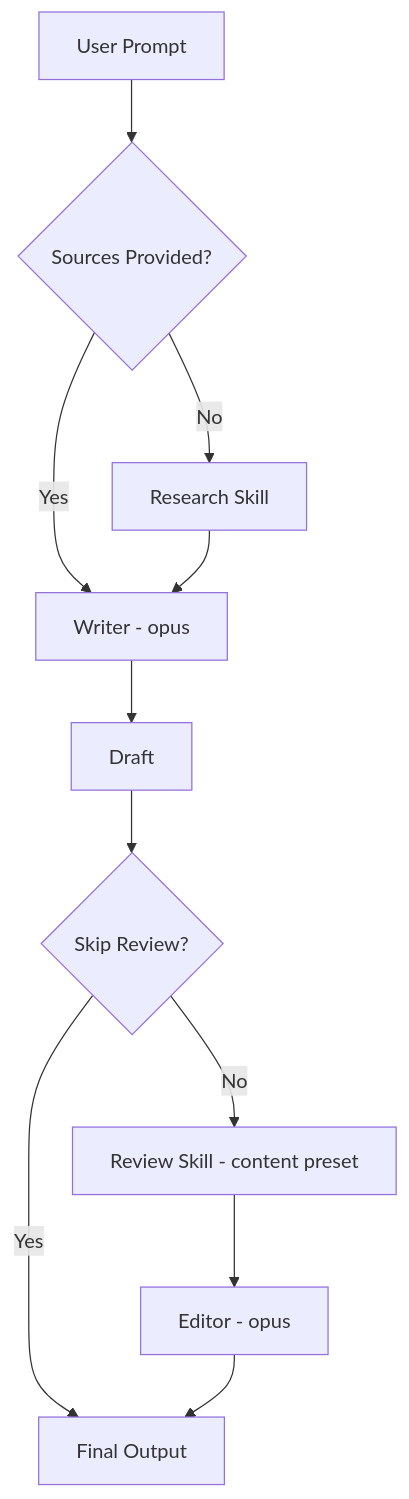
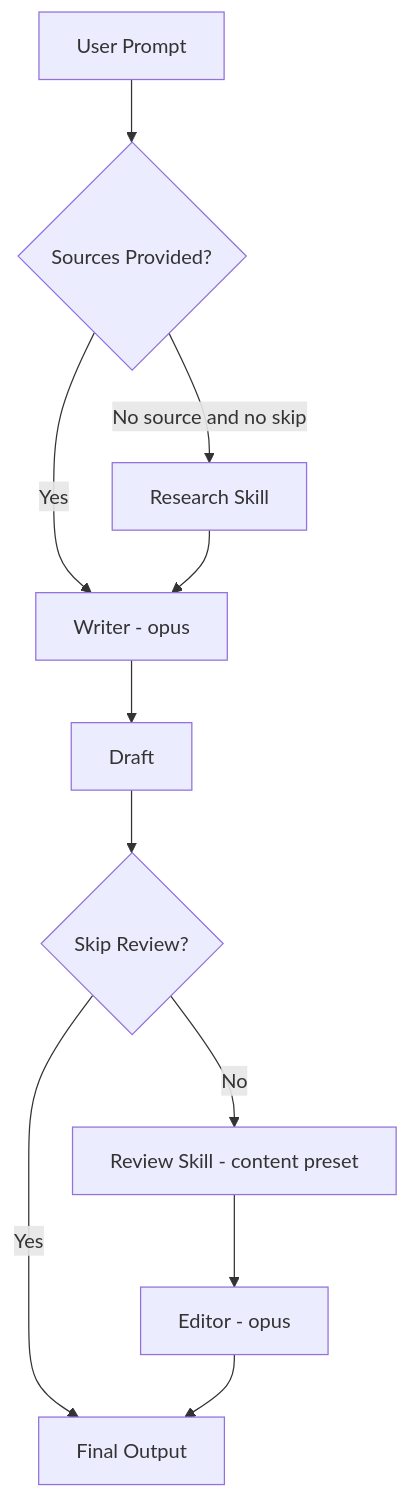
One commit to unclejobs-ai/second-claude-code changed the diagram in docs/skills/write.md. Above: the diagram before and after it, drawn with Mermaid. The commit also changed other lines of this file and 147 other files, not shown here.

````diff
--- a/docs/skills/write.md
+++ b/docs/skills/write.md
@@ -73,13 +80,13 @@
 ```mermaid
 graph TD
     A[User Prompt] --> B{Sources Provided?}
-    B -->|No| C[Research Skill]
+    B -->|No source and no skip| C[Research Skill]
     B -->|Yes| D[Writer - opus]
     C --> D
     D --> E[Draft]
     E --> F{Skip Review?}
     F -->|No| G[Review Skill - content preset]
     F -->|Yes| I[Final Output]
     G --> H[Editor - opus]
     H --> I
 ```
````
